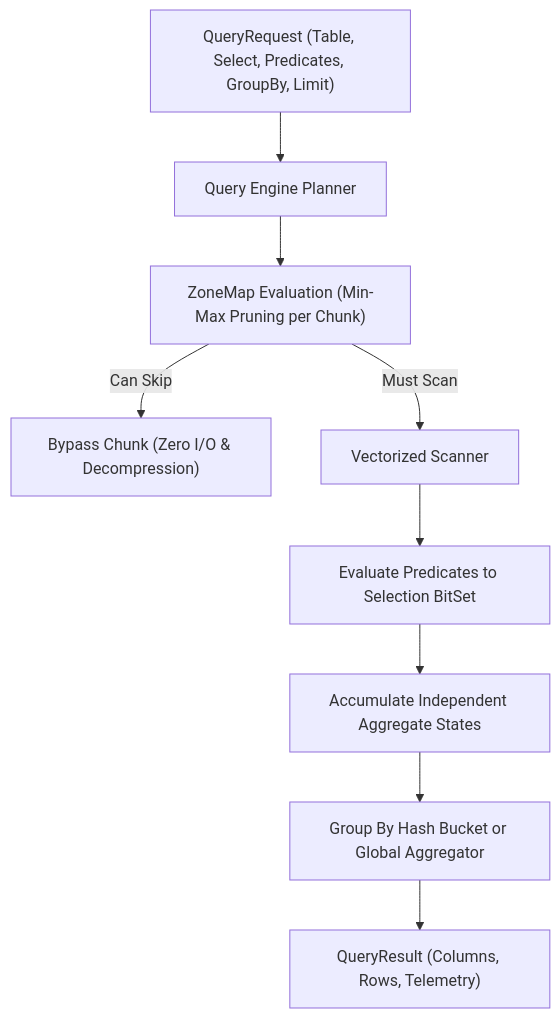
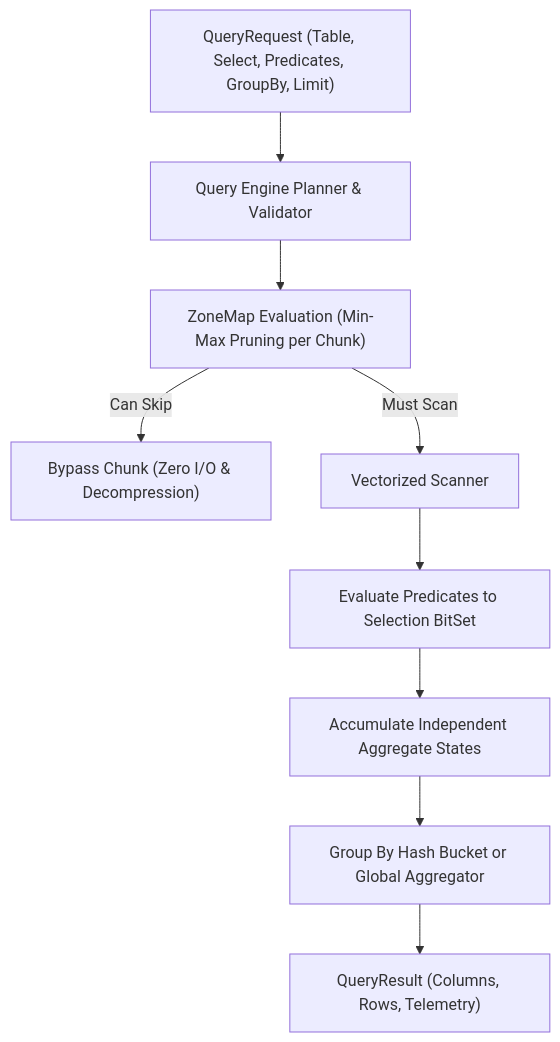
One commit to yashwantraj147-eng/AetherDB changed the diagram in docs/query-engine.md. Above: the diagram before and after it, drawn with Mermaid. The commit also changed other lines of this file and 33 other files, not shown here.

````diff
--- a/docs/query-engine.md
+++ b/docs/query-engine.md
@@ -7,11 +7,11 @@
 ```mermaid
 flowchart TD
-    Req["QueryRequest (Table, Select, Predicates, GroupBy, Limit)"] --> Plan["Query Engine Planner"]
+    Req["QueryRequest (Table, Select, Predicates, GroupBy, Limit)"] --> Plan["Query Engine Planner & Validator"]
     Plan --> ZM["ZoneMap Evaluation (Min-Max Pruning per Chunk)"]
     ZM -->|Can Skip| Skip["Bypass Chunk (Zero I/O & Decompression)"]
     ZM -->|Must Scan| Scan["Vectorized Scanner"]
     Scan --> Filter["Evaluate Predicates to Selection BitSet"]
     Filter --> Agg["Accumulate Independent Aggregate States"]
     Agg --> Group["Group By Hash Bucket or Global Aggregator"]
     Group --> Res["QueryResult (Columns, Rows, Telemetry)"]
 ```
````
